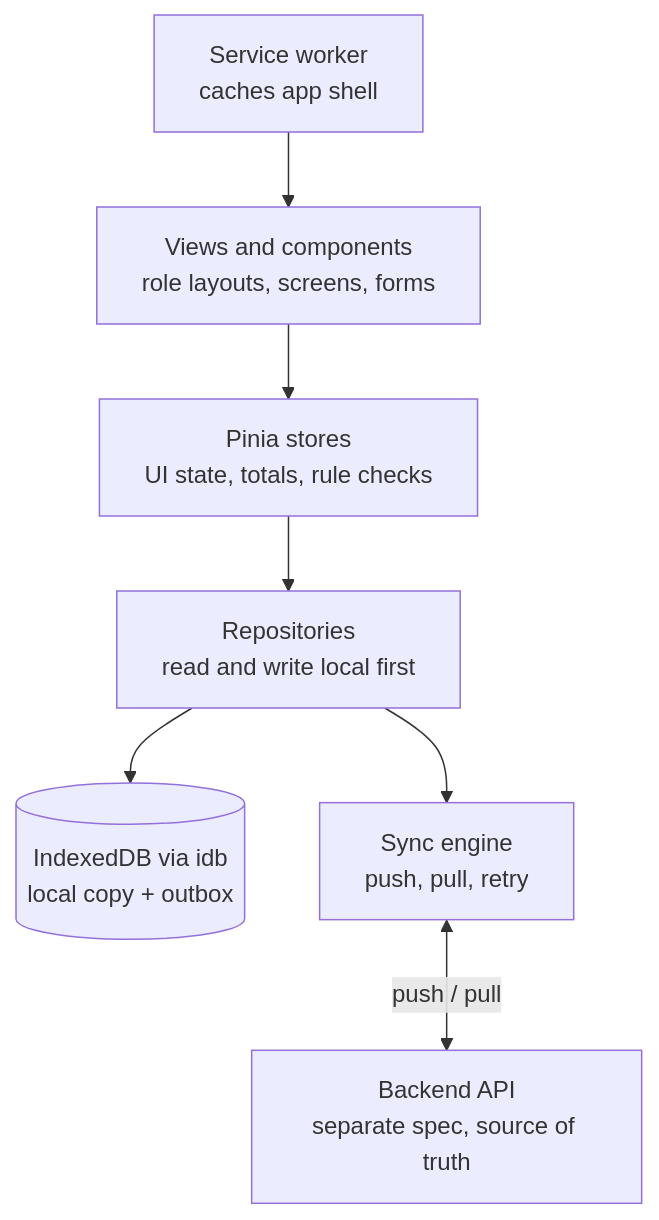
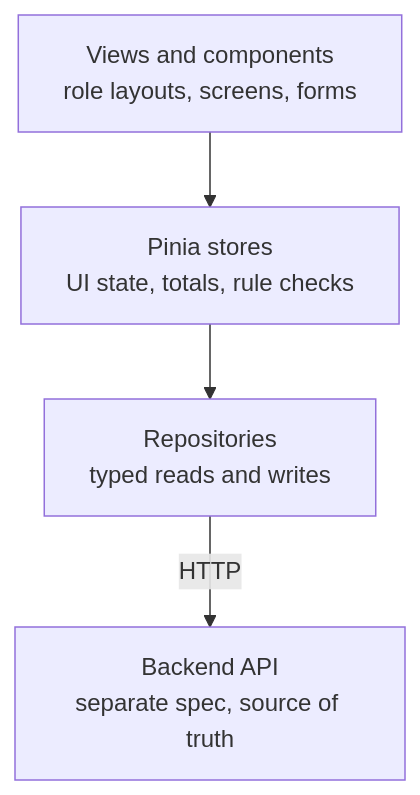
One commit to KarmaBlackshaw/wrs-ui changed the diagram in wrs-app-spec.md. Above: the diagram before and after it, drawn with Mermaid. The commit also changed other lines of this file and 39 other files, not shown here.

````diff
--- a/wrs-app-spec.md
+++ b/wrs-app-spec.md
@@ -218,9 +215,6 @@
 ```mermaid
 flowchart TD
-  SW[Service worker<br/>caches app shell] --> V
   V[Views and components<br/>role layouts, screens, forms] --> S[Pinia stores<br/>UI state, totals, rule checks]
-  S --> R[Repositories<br/>read and write local first]
-  R --> D[(IndexedDB via idb<br/>local copy + outbox)]
-  R --> Y[Sync engine<br/>push, pull, retry]
-  Y <-->|push / pull| B[Backend API<br/>separate spec, source of truth]
+  S --> R[Repositories<br/>typed reads and writes]
+  R -->|HTTP| B[Backend API<br/>separate spec, source of truth]
 ```
````
